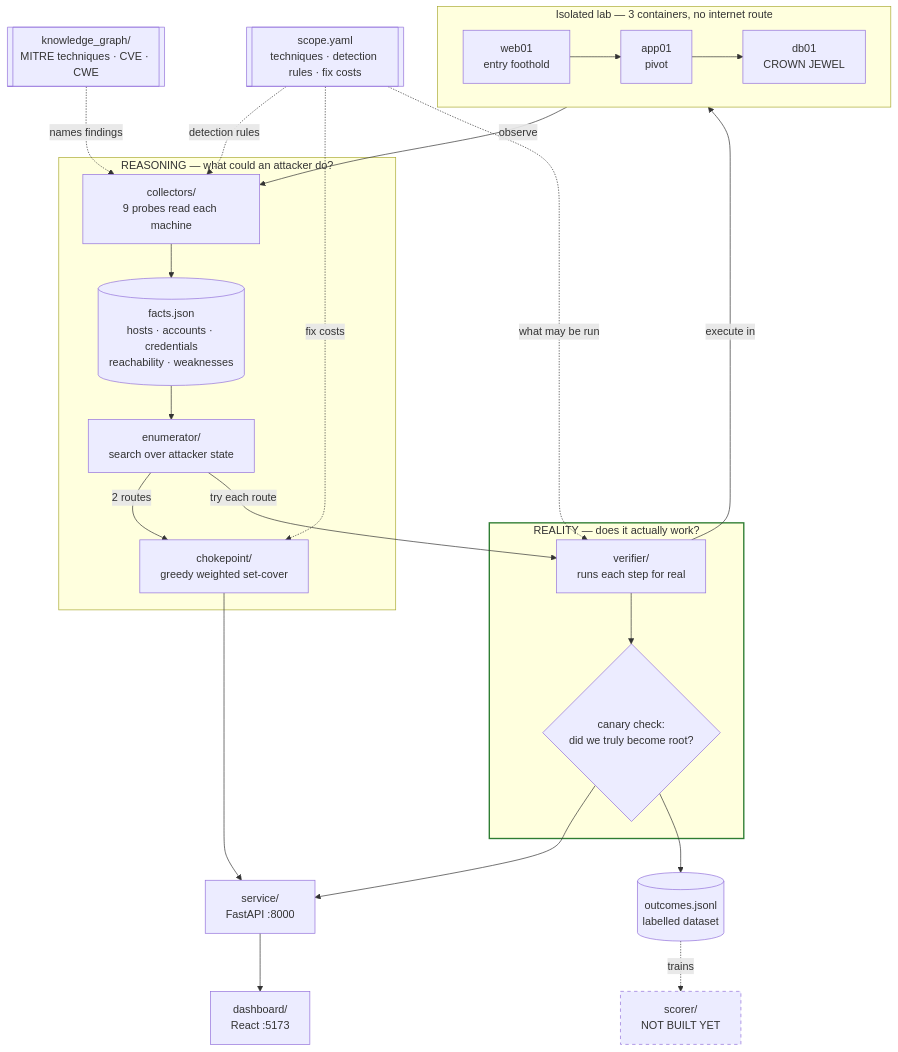
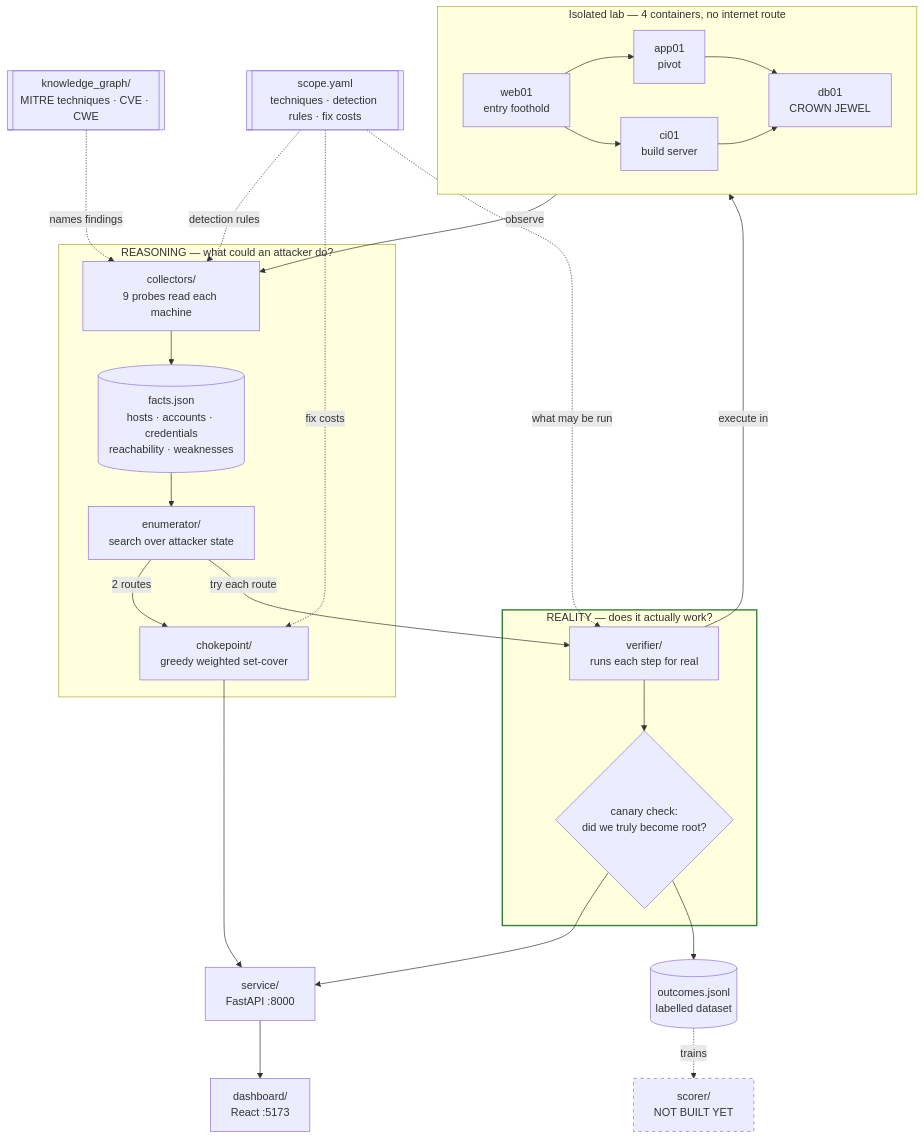
Before and after one commit to me-jain-anurag/ASCEND: the diagram in README.md, drawn with Mermaid. The commit also changed other lines of this file and 11 other files, not shown here.

First line of the commit message:
lab: add ci01, a dual-homed build server, as a fourth host

````diff
--- a/README.md
+++ b/README.md
@@ -67,47 +67,49 @@
 ```mermaid
 flowchart TB
-    subgraph LAB["Isolated lab — 3 containers, no internet route"]
+    subgraph LAB["Isolated lab — 4 containers, no internet route"]
         direction LR
         WEB["web01<br/>entry foothold"]
         APP["app01<br/>pivot"]
+        CI["ci01<br/>build server"]
         DB["db01<br/>CROWN JEWEL"]
         WEB --> APP --> DB
+        WEB --> CI --> DB
     end
 
     SCOPE[["scope.yaml<br/>techniques · detection rules · fix costs"]]
     KG[["knowledge_graph/<br/>MITRE techniques · CVE · CWE"]]
 
     subgraph REASON["REASONING — what could an attacker do?"]
         COL["collectors/<br/>9 probes read each machine"]
         FACTS[("facts.json<br/>hosts · accounts · credentials<br/>reachability · weaknesses")]
         PATH["enumerator/<br/>search over attacker state"]
         CHOKE["chokepoint/<br/>greedy weighted set-cover"]
     end
 
     subgraph REALITY["REALITY — does it actually work?"]
         VER["verifier/<br/>runs each step for real"]
         CANARY{"canary check:<br/>did we truly become root?"}
     end
 
     LAB -->|"observe"| COL
     COL --> FACTS
     FACTS --> PATH
     PATH -->|"2 routes"| CHOKE
     PATH -->|"try each route"| VER
     VER -->|"execute in"| LAB
     VER --> CANARY
 
     SCOPE -.->|"detection rules"| COL
     SCOPE -.->|"fix costs"| CHOKE
     SCOPE -.->|"what may be run"| VER
     KG -.->|"names findings"| COL
 
     CHOKE --> API["service/<br/>FastAPI :8000"]
     CANARY --> API
     API --> UI["dashboard/<br/>React :5173"]
     CANARY --> OUT[("outcomes.jsonl<br/>labelled dataset")]
     OUT -.->|"trains"| SCORER["scorer/<br/>NOT BUILT YET"]
 
     style SCORER stroke-dasharray: 5 5
     style REALITY stroke:#2e7d32,stroke-width:2px
 ```
````
